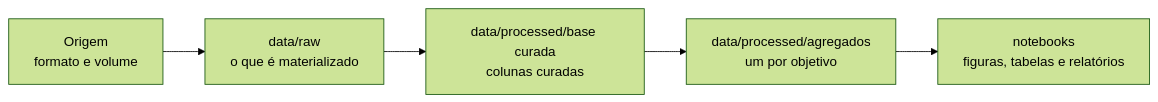
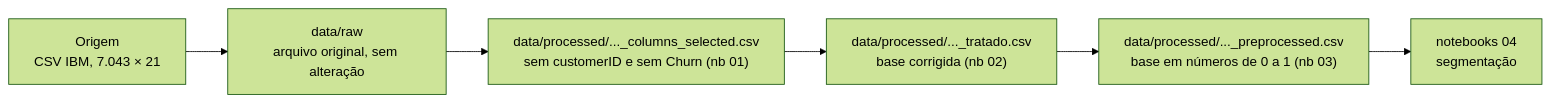
The diagram in docs/fonte-dados.md (stevens-castro/projeto-retencao-clientes-telecom), drawn with Mermaid (forest theme) before and after one commit. The commit also changed other lines of this file and 11 other files, not shown here.

````diff
--- a/docs/fonte-dados.md
+++ b/docs/fonte-dados.md
@@ -83,7 +95,8 @@
 ```mermaid
 flowchart LR
-    A["Origem<br/>formato e volume"] --> B["data/raw<br/>o que é materializado"]
-    B --> C["data/processed/base curada<br/>colunas curadas"]
-    C --> D["data/processed/agregados<br/>um por objetivo"]
-    D --> E["notebooks<br/>figuras, tabelas e relatórios"]
+    A["Origem<br/>CSV IBM, 7.043 × 21"] --> B["data/raw<br/>arquivo original, sem alteração"]
+    B --> C["data/processed/..._columns_selected.csv<br/>sem customerID e sem Churn (nb 01)"]
+    C --> D["data/processed/..._tratado.csv<br/>base corrigida (nb 02)"]
+    D --> E["data/processed/..._preprocessed.csv<br/>base em números de 0 a 1 (nb 03)"]
+    E --> F["notebooks 04<br/>segmentação"]
 ```
````
